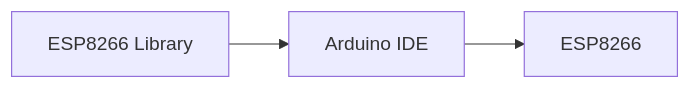
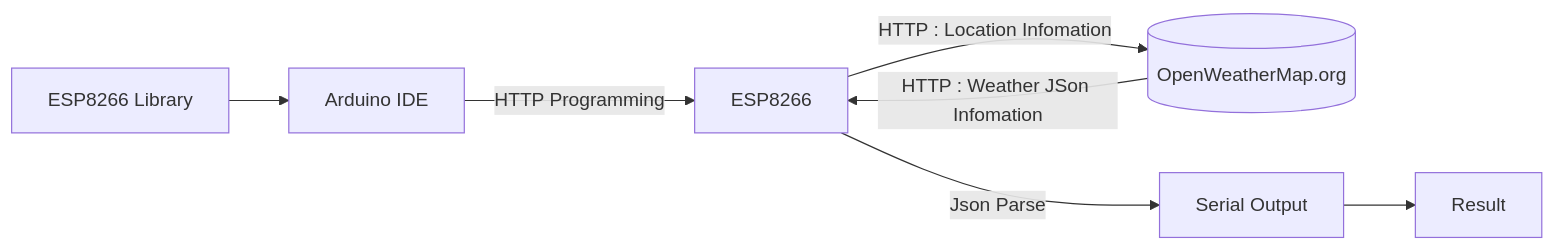
Before and after one commit to SagiK-Repository/ESP8266-WiFi-Curriculum: the diagram in Chapter 2. ESP8266 Weather Station/README.md, drawn with Mermaid. The commit also changed other lines of this file, not shown here.

````diff
--- a/Chapter 2. ESP8266 Weather Station/README.md
+++ b/Chapter 2. ESP8266 Weather Station/README.md
@@ -12,4 +18,5 @@
 ```mermaid
 flowchart LR
-    EL["ESP8266 Library"] --> AI["Arduino IDE"] --> E["ESP8266"]
+    EL["ESP8266 Library"] --> AI["Arduino IDE"] --"HTTP Programming"--> E["ESP8266"] --"HTTP : Location Infomation"--> OWM[("OpenWeatherMap.org")]
+    OWM --"HTTP : Weather JSon Infomation"--> E --"Json Parse"--> R["Serial Output"] --> Own["Result"]
 ```
````
